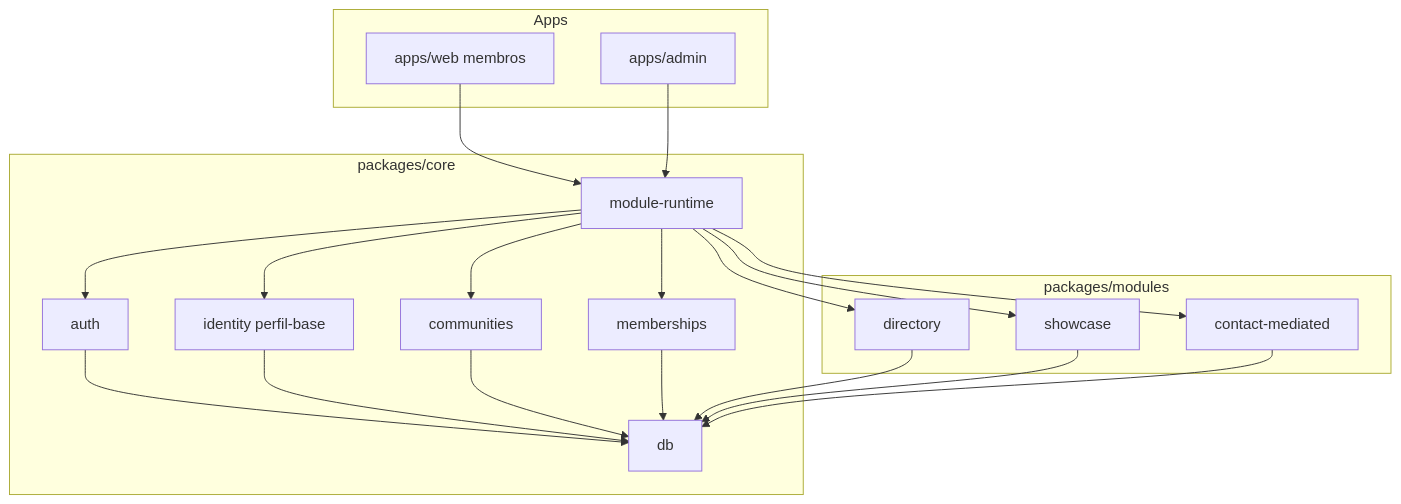
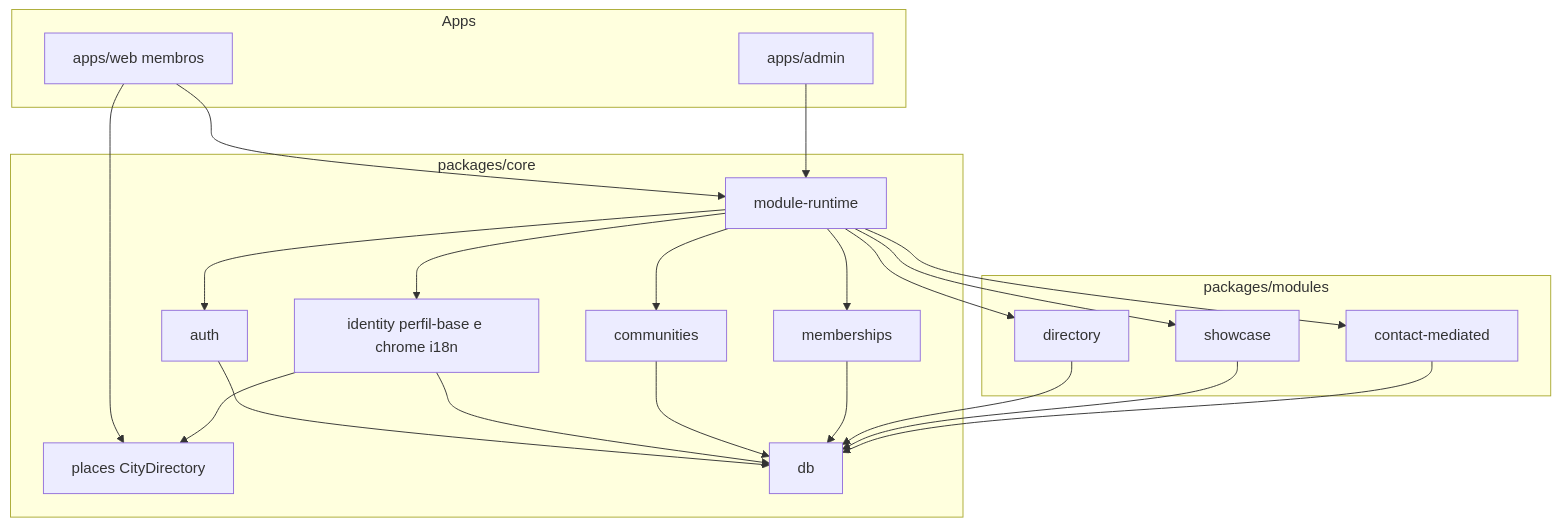
Before and after one commit to colabcolibri/comuna: the diagram in docs/05_architecture.md, drawn with Mermaid. The commit also changed other lines of this file and 103 other files, not shown here.

````diff
--- a/docs/05_architecture.md
+++ b/docs/05_architecture.md
@@ -18,39 +18,42 @@
 ```mermaid
 flowchart TD
     subgraph Apps
         Web["apps/web membros"]
         Admin["apps/admin"]
     end
 
     subgraph Core["packages/core"]
         Auth[auth]
-        Ident[identity perfil-base]
+        Ident[identity perfil-base e chrome i18n]
+        Places[places CityDirectory]
         Comm[communities]
         Mem[memberships]
         Runtime[module-runtime]
         Db[db]
     end
 
     subgraph Mods["packages/modules"]
         Dir[directory]
         Show[showcase]
         Contact[contact-mediated]
     end
 
     Web --> Runtime
     Admin --> Runtime
     Runtime --> Dir
     Runtime --> Show
     Runtime --> Contact
     Runtime --> Auth
     Runtime --> Ident
     Runtime --> Comm
     Runtime --> Mem
+    Web --> Places
+    Ident --> Places
     Auth --> Db
     Ident --> Db
     Comm --> Db
     Mem --> Db
     Dir --> Db
     Show --> Db
     Contact --> Db
 ```
````
